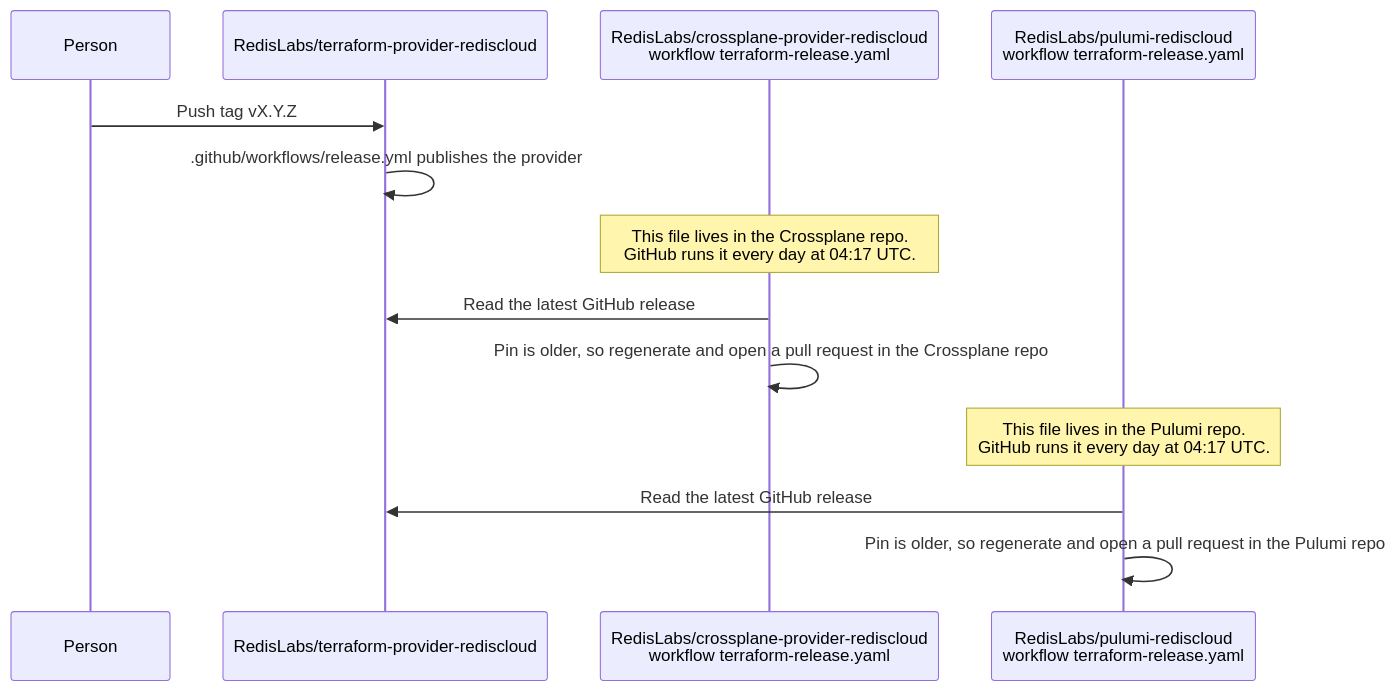
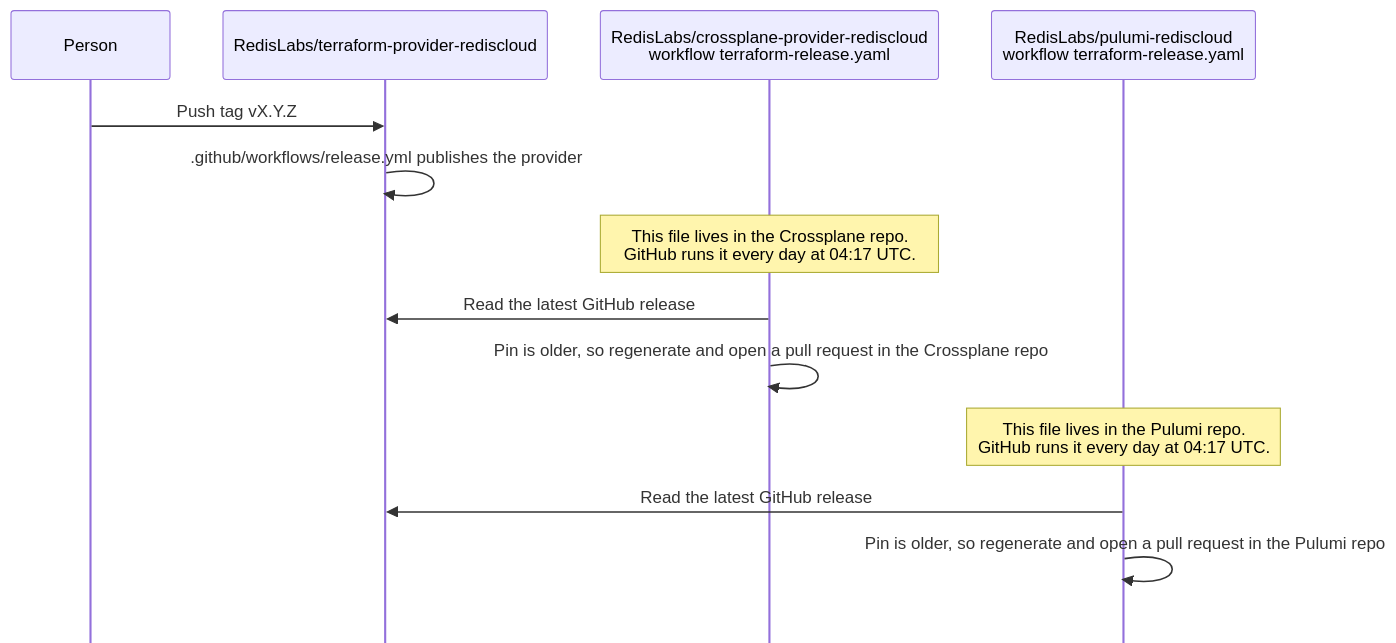
Before and after one commit to RedisLabs/terraform-provider-rediscloud: the first of 2 diagrams in docs/design/downstream-provider-releases.md, drawn with Mermaid.

Commit message:
docs: disable bottom actor boxes in sequence diagram
Set mirrorActors: false in the Mermaid sequence diagram init so participant boxes are not duplicated at the bottom.

````diff
--- a/docs/design/downstream-provider-releases.md
+++ b/docs/design/downstream-provider-releases.md
@@ -40,16 +40,17 @@
 ```mermaid
+%%{init: {'sequence': {'mirrorActors': false}}}%%
 sequenceDiagram
     participant Person
     participant TF as RedisLabs/terraform-provider-rediscloud
     participant XW as RedisLabs/crossplane-provider-rediscloud<br/>workflow terraform-release.yaml
     participant PW as RedisLabs/pulumi-rediscloud<br/>workflow terraform-release.yaml
 
     Person->>TF: Push tag vX.Y.Z
     TF->>TF: .github/workflows/release.yml publishes the provider
     Note over XW: This file lives in the Crossplane repo.<br/>GitHub runs it every day at 04:17 UTC.
     XW->>TF: Read the latest GitHub release
     XW->>XW: Pin is older, so regenerate and open a pull request in the Crossplane repo
     Note over PW: This file lives in the Pulumi repo.<br/>GitHub runs it every day at 04:17 UTC.
     PW->>TF: Read the latest GitHub release
     PW->>PW: Pin is older, so regenerate and open a pull request in the Pulumi repo
 ```
````
